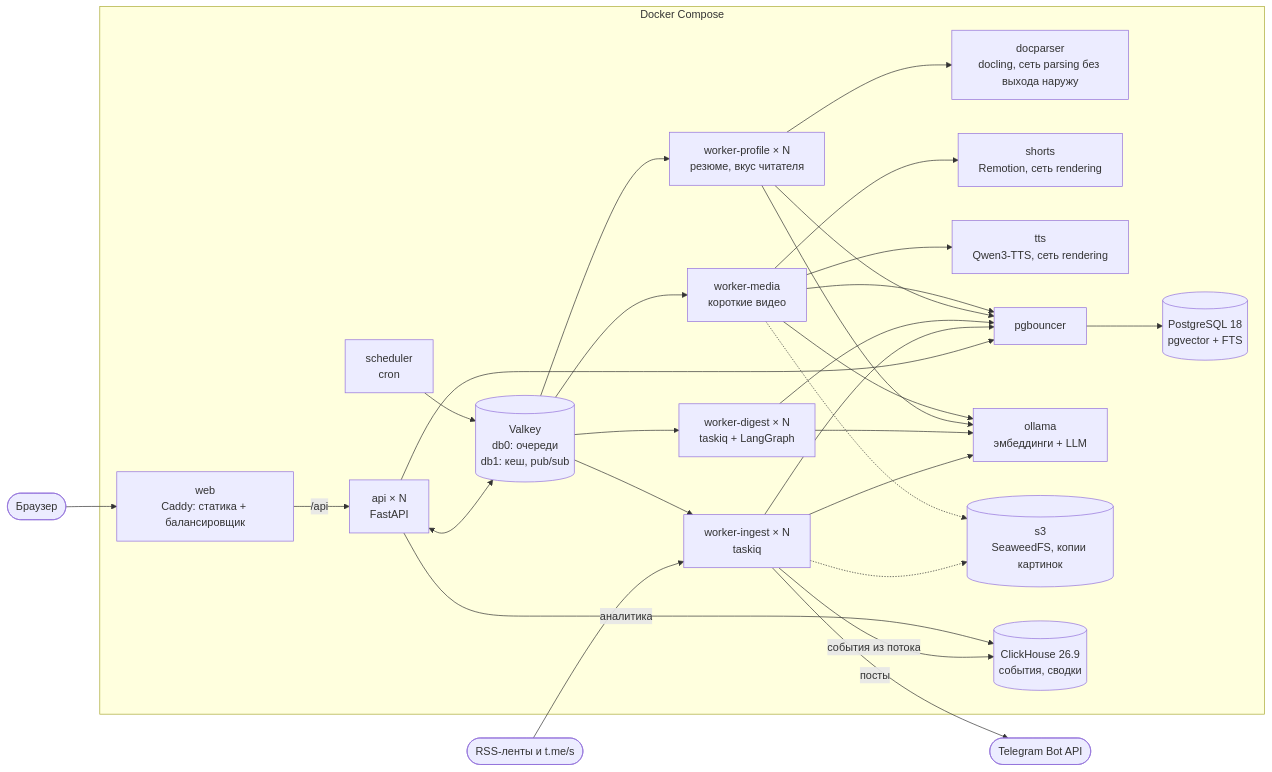
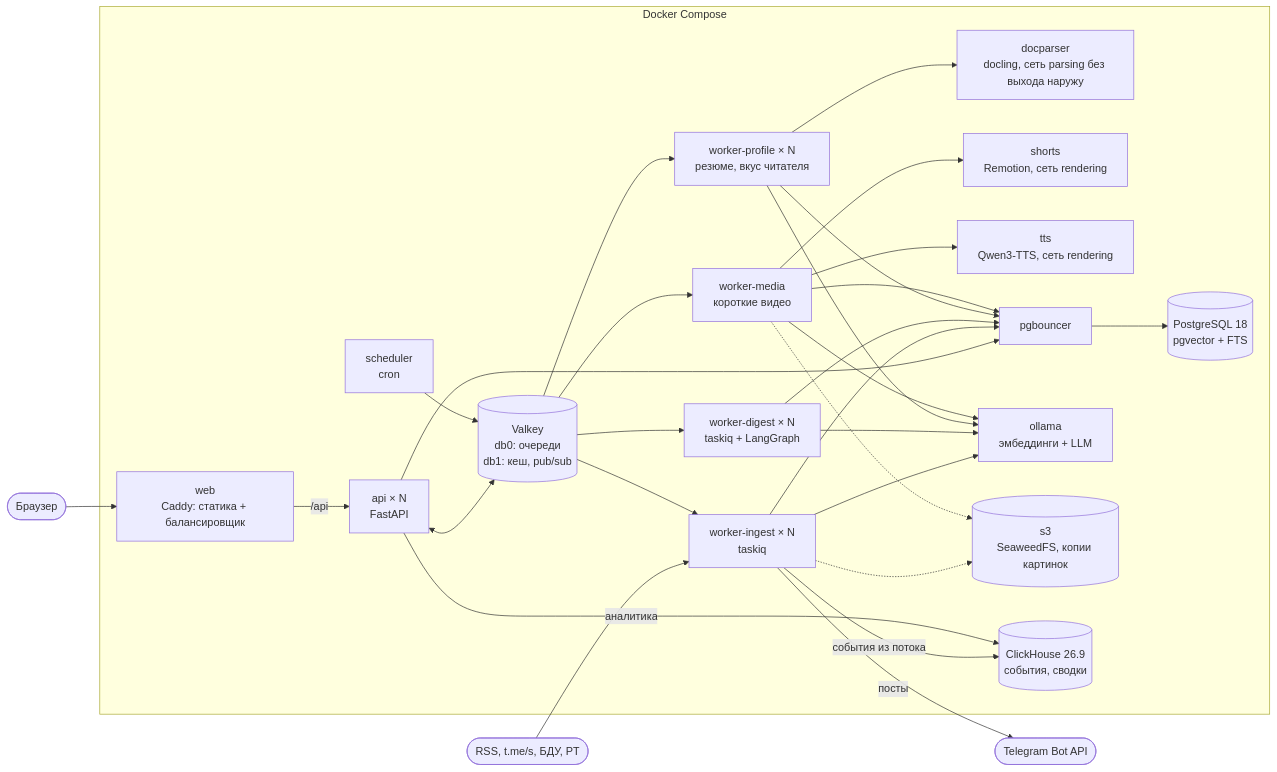
Before and after one commit to verikirill/scrap-and-grep: the first of 7 diagrams in docs/ARCHITECTURE.md, drawn with Mermaid. The commit also changed other lines of this file and 3 other files, not shown here.

````diff
--- a/docs/ARCHITECTURE.md
+++ b/docs/ARCHITECTURE.md
@@ -7,49 +7,49 @@
 ```mermaid
 flowchart LR
     browser([Браузер]) --> web
 
     subgraph stack[Docker Compose]
         web[web<br/>Caddy: статика + балансировщик]
         api[api × N<br/>FastAPI]
         wi[worker-ingest × N<br/>taskiq]
         wd[worker-digest × N<br/>taskiq + LangGraph]
         wp[worker-profile × N<br/>резюме, вкус читателя]
         dp[docparser<br/>docling, сеть parsing без выхода наружу]
         wm[worker-media<br/>короткие видео]
         sh[shorts<br/>Remotion, сеть rendering]
         tts[tts<br/>Qwen3-TTS, сеть rendering]
         sch[scheduler<br/>cron]
         bouncer[pgbouncer]
         pg[(PostgreSQL 18<br/>pgvector + FTS)]
         vk[(Valkey<br/>db0: очереди<br/>db1: кеш, pub/sub)]
         ollama[ollama<br/>эмбеддинги + LLM]
         s3[(s3<br/>SeaweedFS, копии картинок)]
         ch[(ClickHouse 26.9<br/>события, сводки)]
     end
 
-    feeds([RSS-ленты и t.me/s]) --> wi
+    feeds([RSS, t.me/s, БДУ, PT]) --> wi
     wi -- посты --> tg([Telegram Bot API])
     web -- /api --> api
     api --> bouncer --> pg
     api <--> vk
     sch --> vk
     vk --> wi
     vk --> wd
     vk --> wp
     wi --> bouncer
     wd --> bouncer
     wp --> bouncer
     wp --> dp
     vk --> wm
     wm --> bouncer
     wm --> sh
     wm --> tts
     wi --> ollama
     wd --> ollama
     wp --> ollama
     wm --> ollama
     wi -.-> s3
     wm -.-> s3
     wi -- события из потока --> ch
     api -- аналитика --> ch
 ```
````
